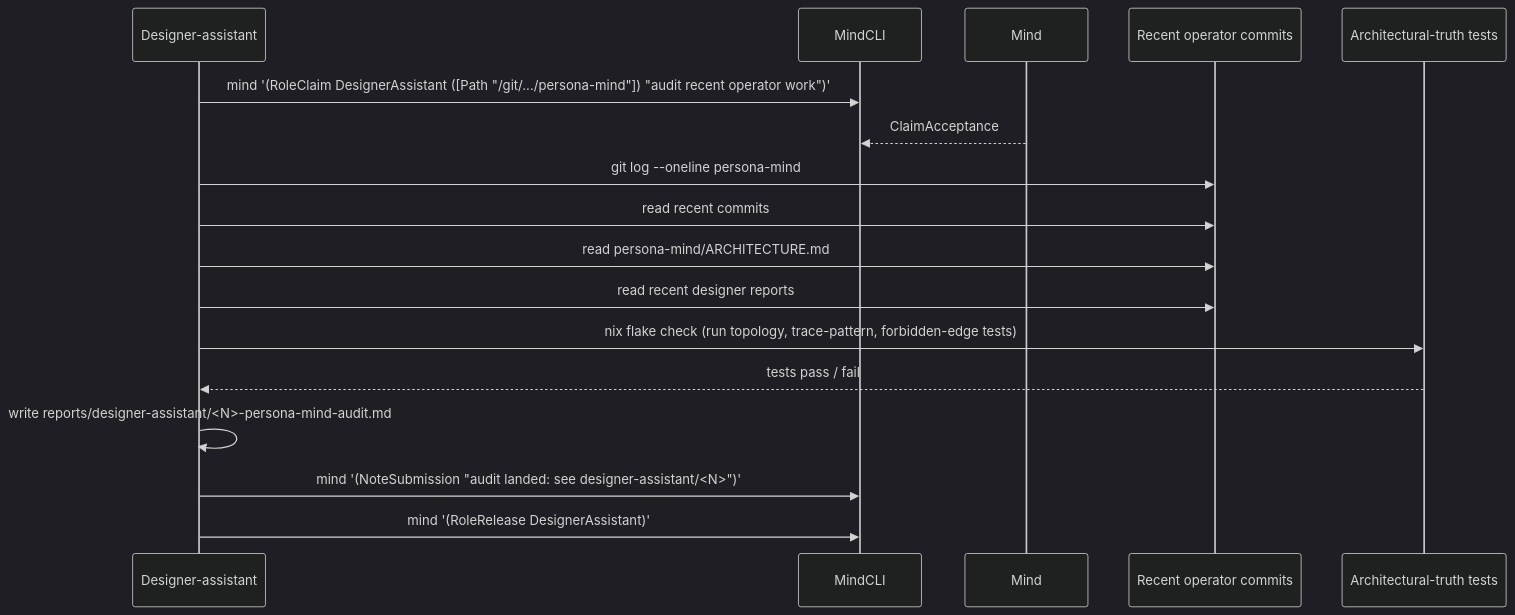
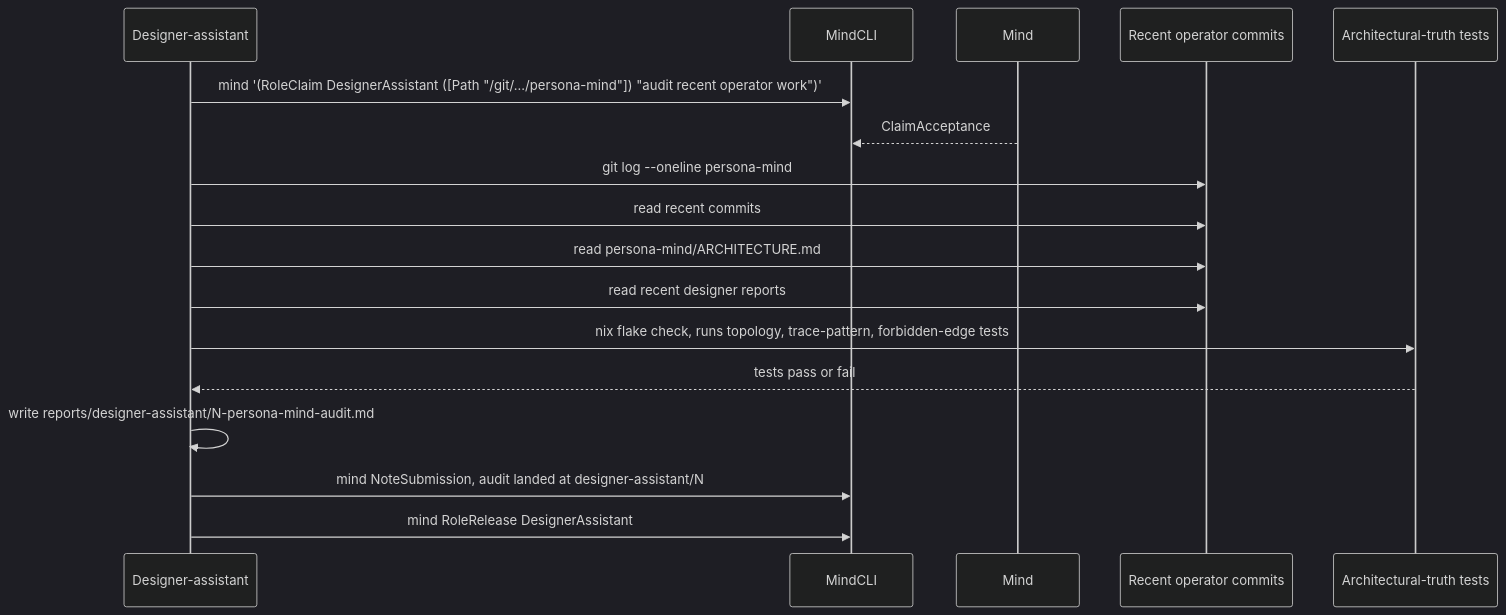
Before and after one commit to LiGoldragon/primary: diagram 17 of 18 in reports/designer/114-persona-vision-as-of-2026-05-11.md, drawn with Mermaid (dark theme). The commit also changed other lines of this file, not shown here.

````diff
--- a/reports/designer/114-persona-vision-as-of-2026-05-11.md
+++ b/reports/designer/114-persona-vision-as-of-2026-05-11.md
@@ -1041,24 +1060,24 @@
 ```mermaid
 sequenceDiagram
     participant DA as Designer-assistant
     participant MindCLI
     participant Mind
     participant Repos as Recent operator commits
     participant ArchTests as Architectural-truth tests
 
     DA->>MindCLI: mind '(RoleClaim DesignerAssistant ([Path "/git/.../persona-mind"]) "audit recent operator work")'
     Mind-->>MindCLI: ClaimAcceptance
 
     DA->>Repos: git log --oneline persona-mind
     DA->>Repos: read recent commits
     DA->>Repos: read persona-mind/ARCHITECTURE.md
     DA->>Repos: read recent designer reports
 
-    DA->>ArchTests: nix flake check (run topology, trace-pattern, forbidden-edge tests)
-    ArchTests-->>DA: tests pass / fail
+    DA->>ArchTests: nix flake check, runs topology, trace-pattern, forbidden-edge tests
+    ArchTests-->>DA: tests pass or fail
 
-    DA->>DA: write reports/designer-assistant/<N>-persona-mind-audit.md
+    DA->>DA: write reports/designer-assistant/N-persona-mind-audit.md
 
-    DA->>MindCLI: mind '(NoteSubmission "audit landed: see designer-assistant/<N>")'
-    DA->>MindCLI: mind '(RoleRelease DesignerAssistant)'
+    DA->>MindCLI: mind NoteSubmission, audit landed at designer-assistant/N
+    DA->>MindCLI: mind RoleRelease DesignerAssistant
 ```
````
